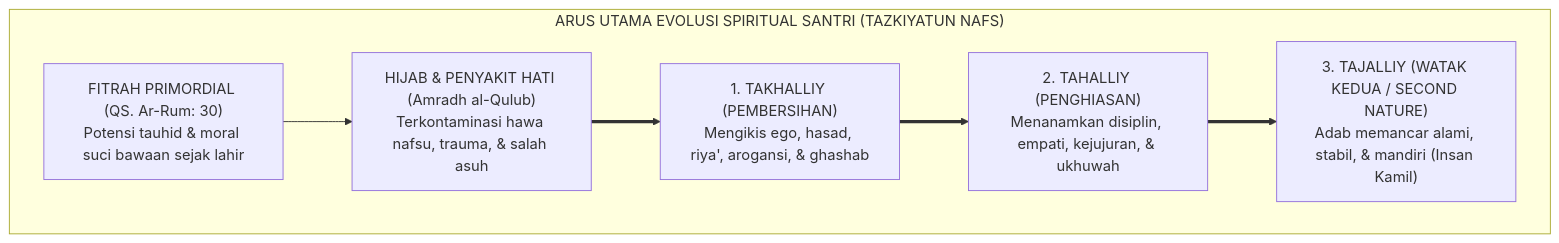
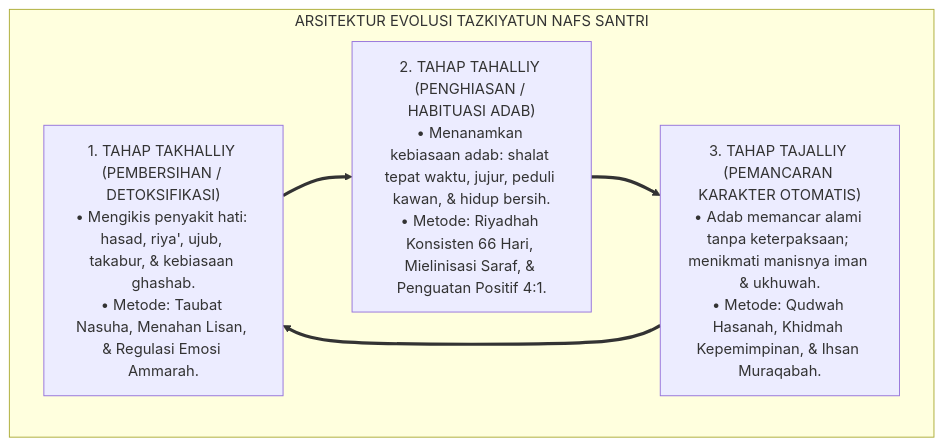
The second of 4 diagrams in 01 Philosophy/03 Human Development/P1-03-01-Tazkiyatun-Nafs-dan-Pertumbuhan-Jiwa.md (wandiapriliyandi/tumbuh), drawn with Mermaid before and after one commit. The commit also changed other lines of this file and 7 other files, not shown here.

````diff
--- a/01 Philosophy/03 Human Development/P1-03-01-Tazkiyatun-Nafs-dan-Pertumbuhan-Jiwa.md
+++ b/01 Philosophy/03 Human Development/P1-03-01-Tazkiyatun-Nafs-dan-Pertumbuhan-Jiwa.md
@@ -64,16 +116,13 @@
 ```mermaid
 flowchart TD
-    subgraph EvolusiSpiritualTUMBUH["ARUS UTAMA EVOLUSI SPIRITUAL SANTRI (TAZKIYATUN NAFS)"]
-        Fitrah["FITRAH PRIMORDIAL (QS. Ar-Rum: 30)<br/>Potensi tauhid & moral suci bawaan sejak lahir"]
+    subgraph ArsitekturEvolusiJiwaTUMBUH["ARSITEKTUR EVOLUSI TAZKIYATUN NAFS SANTRI"]
         
-        Hijab["HIJAB & PENYAKIT HATI (Amradh al-Qulub)<br/>Terkontaminasi hawa nafsu, trauma, & salah asuh"]
+        Takhalliy["1. TAHAP TAKHALLIY (PEMBERSIHAN / DETOKSIFIKASI)<br/>• Mengikis penyakit hati: hasad, riya', ujub, takabur, & kebiasaan ghashab.<br/>• Metode: Taubat Nasuha, Menahan Lisan, & Regulasi Emosi Ammarah."]
         
-        Takhalliy["1. TAKHALLIY (PEMBERSIHAN)<br/>Mengikis ego, hasad, riya', arogansi, & ghashab"]
+        Tahalliy["2. TAHAP TAHALLIY (PENGHIASAN / HABITUASI ADAB)<br/>• Menanamkan kebiasaan adab: shalat tepat waktu, jujur, peduli kawan, & hidup bersih.<br/>• Metode: Riyadhah Konsisten 66 Hari, Mielinisasi Saraf, & Penguatan Positif 4:1."]
         
-        Tahalliy["2. TAHALLIY (PENGHIASAN)<br/>Menanamkan disiplin, empati, kejujuran, & ukhuwah"]
+        Tajalliy["3. TAHAP TAJALLIY (PEMANCARAN KARAKTER OTOMATIS)<br/>• Adab memancar alami tanpa keterpaksaan; menikmati manisnya iman & ukhuwah.<br/>• Metode: Qudwah Hasanah, Khidmah Kepemimpinan, & Ihsan Muraqabah."]
         
-        Tajalliy["3. TAJALLIY (WATAK KEDUA / SECOND NATURE)<br/>Adab memancar alami, stabil, & mandiri (Insan Kamil)"]
-        
-        Fitrah --> Hijab ==> Takhalliy ==> Tahalliy ==> Tajalliy
+        Takhalliy ==> Tahalliy ==> Tajalliy ==> Takhalliy
     end
 ```
````
